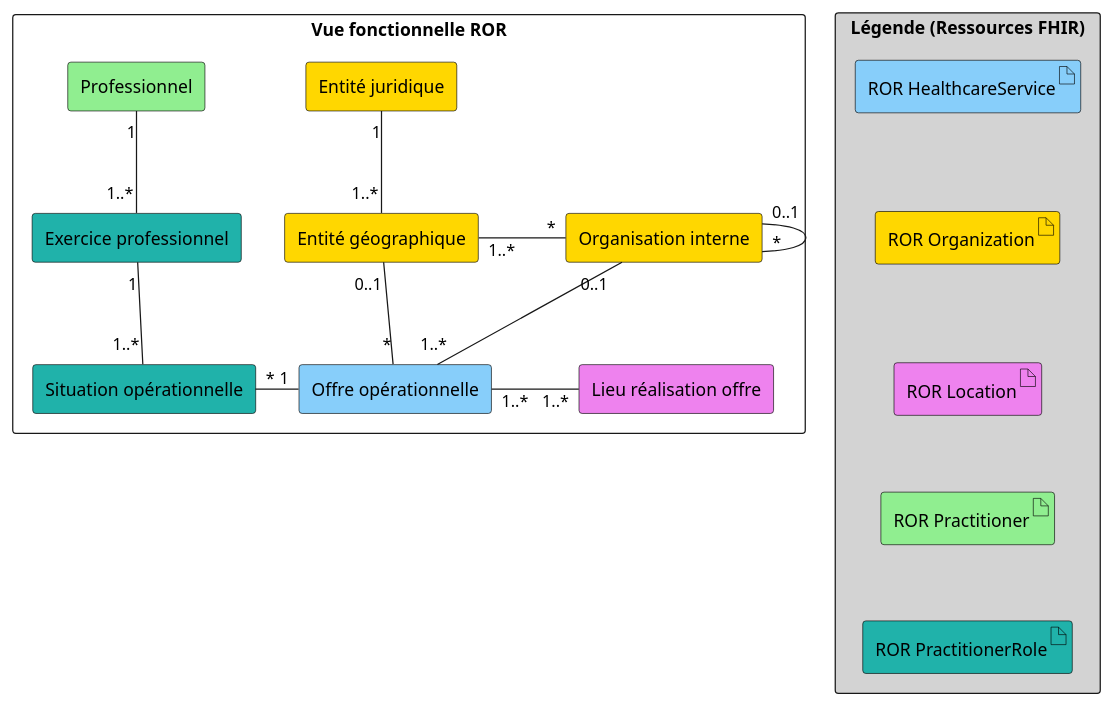
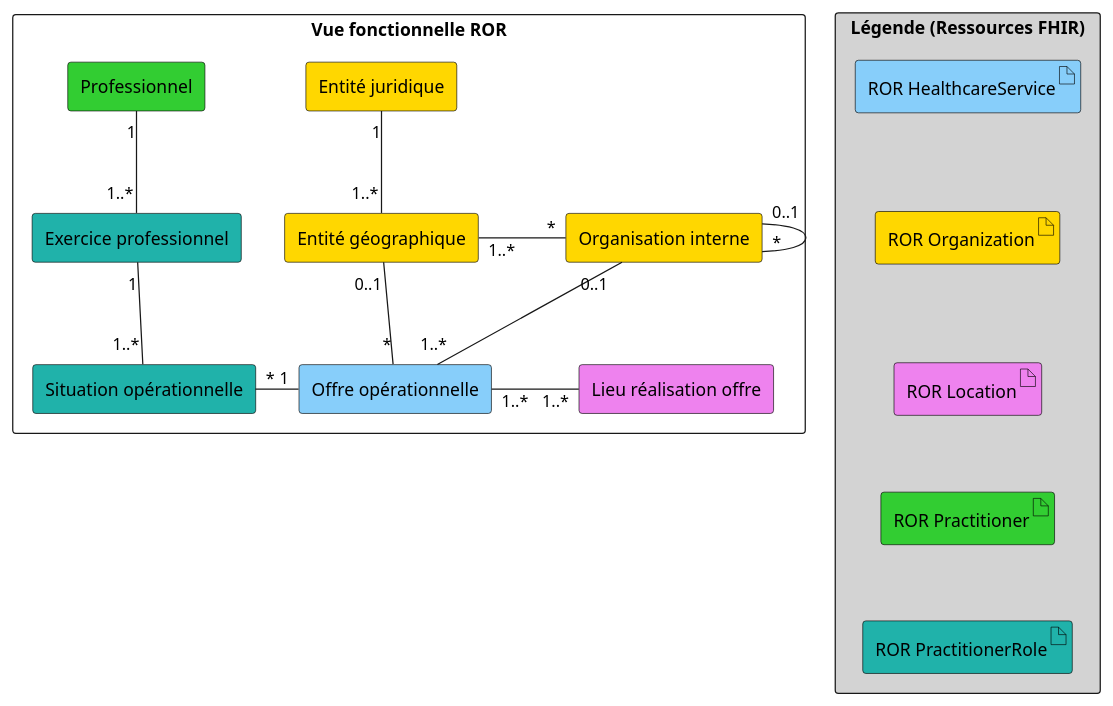
One commit to ansforge/IG-fhir-repertoire-offre-ressources-sante changed the diagram in input/images-source/vue-fonctionnelle-fhir.plantuml. Above: the diagram before and after it, drawn with PlantUML. The commit also changed 11 other files, not shown here.

```diff
--- a/input/images-source/vue-fonctionnelle-fhir.plantuml
+++ b/input/images-source/vue-fonctionnelle-fhir.plantuml
@@ -1,56 +1,56 @@
 @startuml
 
 'Declaration des éléments
 rectangle "Vue fonctionnelle ROR" {
 
     rectangle "Offre opérationnelle" as Offre #LightSkyBlue;line:Black;text:Black
 
     rectangle "Entité juridique" as EJ #Gold;line:Black;text:Black
 
     rectangle "Entité géographique" as EG #Gold;line:Black;text:Black
 
     rectangle "Organisation interne" as OI #Gold;line:Black;text:Black
     
     rectangle "Lieu réalisation offre" as Lieu #Violet;line:Black;text:Black
 
-    rectangle "Professionnel" as Professionnel #LightGreen;line:Black;text:Black
+    rectangle "Professionnel" as Professionnel #LimeGreen;line:Black;text:Black
 
     rectangle "Situation opérationnelle" as SO #LightSeaGreen;line:Black;text:Black
 
     rectangle "Exercice professionnel" as Ex  #LightSeaGreen;line:Black;text:Black
 
 }
 
 'Liens entre éléments
 EJ "1"--"1..*" EG : "      " 
 EG "1..*"-"*" OI : "          "
 EG "0..1"--"*" Offre : "      "
 OI "0..1"--"1..*" Offre
 OI "0..1"-"*" OI
 Offre "1..*"-"1..*" Lieu : "          "
 SO "*"-"1" Offre
 Ex "1"--"1..*" SO
 Professionnel "1"--"1..*" Ex
 
 'Légende
 
 rectangle "Légende (Ressources FHIR)" #LightGrey {
     artifact "ROR HealthcareService" as healthcareservice #LightSkyBlue;line:Black;text:Black
     artifact "ROR Location" as location #Violet;line:Black;text:Black
     artifact "ROR Organization" as organization #Gold;line:Black;text:Black
-    artifact "ROR Practitioner" as practitioner #LightGreen;line:Black;text:Black
+    artifact "ROR Practitioner" as practitioner #LimeGreen;line:Black;text:Black
     artifact "ROR PractitionerRole" as practitionerrole #LightSeaGreen;line:black;text:Black
 }
 
 healthcareservice -[hidden]- organization
 organization -[hidden]- location
 location -[hidden]- practitioner
 practitioner -[hidden]- practitionerrole
 
 url of healthcareservice [[StructureDefinition-ror-healthcareservice.html]]
 url of location [[StructureDefinition-ror-location.html]]
 url of organization [[StructureDefinition-ror-organization.html]]
 url of practitioner [[StructureDefinition-ror-practitioner.html]]
 url of practitionerrole [[StructureDefinition-ror-practitionerrole.html]] 
 
 @enduml
```
